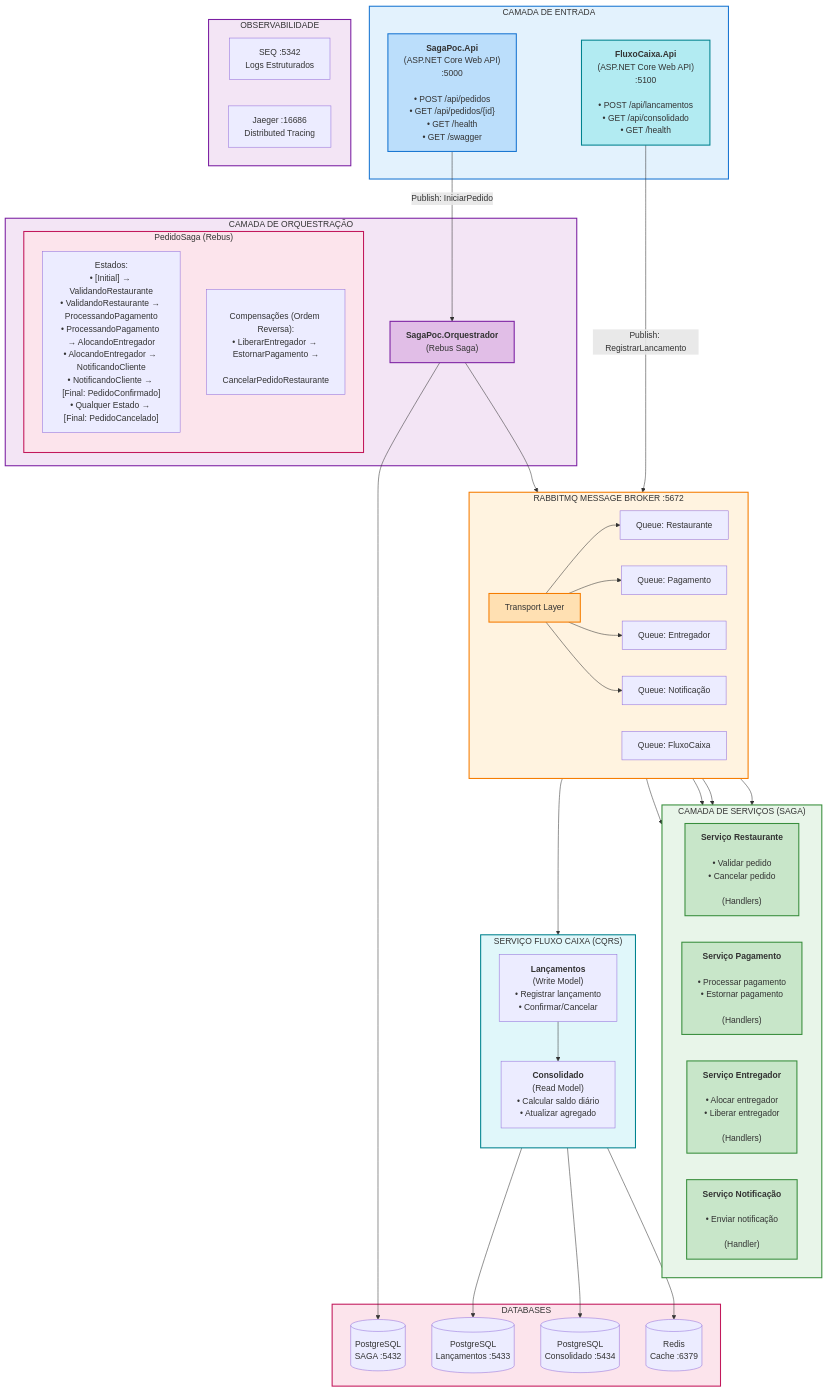
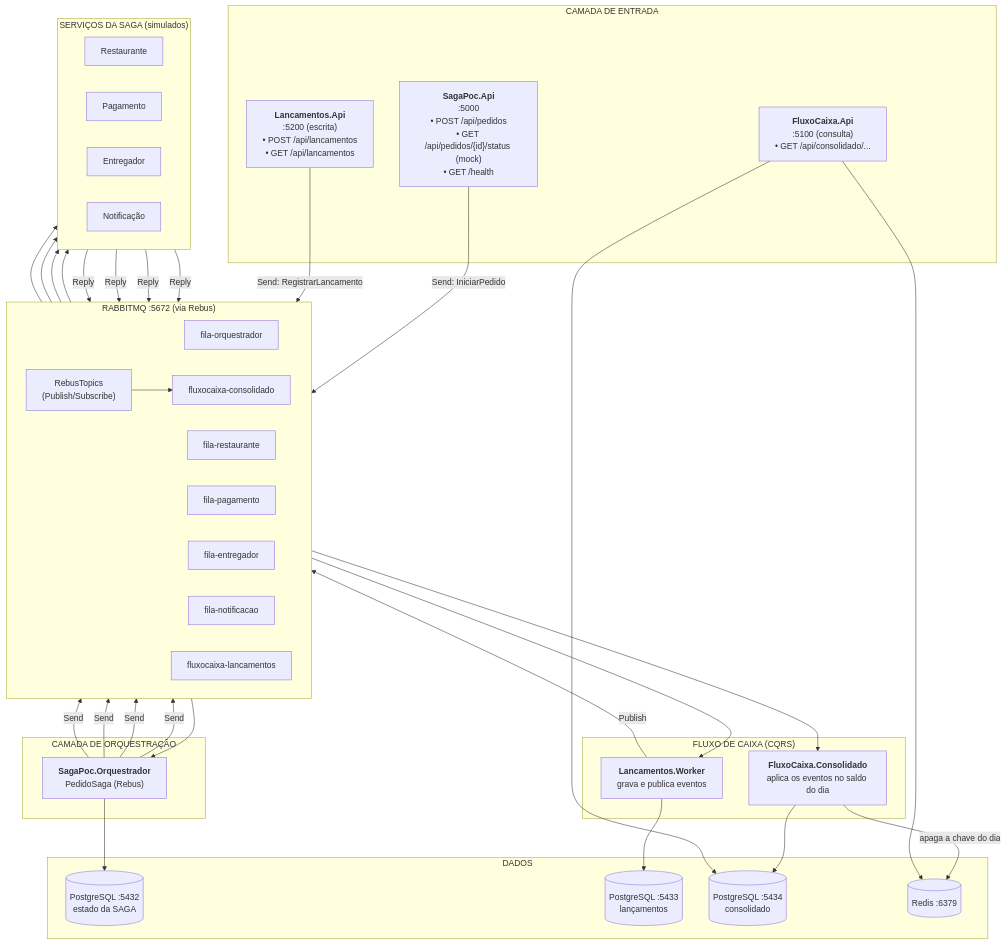
One commit to felipemarcianodev/saga-poc-dotnet changed the first of 3 diagrams in docs/arquitetura.md. Above: the diagram before and after it, drawn with Mermaid. The commit also changed other lines of this file and 32 other files, not shown here.

````diff
--- a/docs/arquitetura.md
+++ b/docs/arquitetura.md
@@ -11,88 +11,65 @@
 ```mermaid
 flowchart TB
     subgraph entrada["CAMADA DE ENTRADA"]
-        api["<b>SagaPoc.Api</b><br/>(ASP.NET Core Web API)<br/>:5000<br/><br/>• POST /api/pedidos<br/>• GET /api/pedidos/{id}<br/>• GET /health<br/>• GET /swagger"]
-        apifc["<b>FluxoCaixa.Api</b><br/>(ASP.NET Core Web API)<br/>:5100<br/><br/>• POST /api/lancamentos<br/>• GET /api/consolidado<br/>• GET /health"]
+        api["<b>SagaPoc.Api</b><br/>:5000<br/>• POST /api/pedidos<br/>• GET /api/pedidos/{id}/status (mock)<br/>• GET /health"]
+        apilanc["<b>Lancamentos.Api</b><br/>:5200 (escrita)<br/>• POST /api/lancamentos<br/>• GET /api/lancamentos"]
+        apifc["<b>FluxoCaixa.Api</b><br/>:5100 (consulta)<br/>• GET /api/consolidado/..."]
     end
 
     subgraph orquestracao["CAMADA DE ORQUESTRAÇÃO"]
-        orch["<b>SagaPoc.Orquestrador</b><br/>(Rebus Saga)"]
-
-        subgraph saga["PedidoSaga (Rebus)"]
-            direction TB
-            s1["Estados:<br/>• [Initial] → ValidandoRestaurante<br/>• ValidandoRestaurante → ProcessandoPagamento<br/>• ProcessandoPagamento → AlocandoEntregador<br/>• AlocandoEntregador → NotificandoCliente<br/>• NotificandoCliente → [Final: PedidoConfirmado]<br/>• Qualquer Estado → [Final: PedidoCancelado]"]
-            s2["<br/>Compensações (Ordem Reversa):<br/>• LiberarEntregador → EstornarPagamento →<br/>  CancelarPedidoRestaurante"]
-        end
+        orch["<b>SagaPoc.Orquestrador</b><br/>PedidoSaga (Rebus)"]
     end
 
-    subgraph bus["RABBITMQ MESSAGE BROKER :5672"]
+    subgraph bus["RABBITMQ :5672 (via Rebus)"]
         direction LR
-        transport["Transport Layer"]
-        q1["Queue: Restaurante"]
-        q2["Queue: Pagamento"]
-        q3["Queue: Entregador"]
-        q4["Queue: Notificação"]
-        q5["Queue: FluxoCaixa"]
+        qo["fila-orquestrador"]
+        q1["fila-restaurante"]
+        q2["fila-pagamento"]
+        q3["fila-entregador"]
+        q4["fila-notificacao"]
+        q5["fluxocaixa-lancamentos"]
+        topics["RebusTopics<br/>(Publish/Subscribe)"]
+        q6["fluxocaixa-consolidado"]
     end
 
-    subgraph servicos["CAMADA DE SERVIÇOS (SAGA)"]
+    subgraph servicos["SERVIÇOS DA SAGA (simulados)"]
         direction LR
-        rest["<b>Serviço Restaurante</b><br/><br/>• Validar pedido<br/>• Cancelar pedido<br/><br/>(Handlers)"]
-        pag["<b>Serviço Pagamento</b><br/><br/>• Processar pagamento<br/>• Estornar pagamento<br/><br/>(Handlers)"]
-        ent["<b>Serviço Entregador</b><br/><br/>• Alocar entregador<br/>• Liberar entregador<br/><br/>(Handlers)"]
-        notif["<b>Serviço Notificação</b><br/><br/>• Enviar notificação<br/><br/>(Handler)"]
+        rest["Restaurante"]
+        pag["Pagamento"]
+        ent["Entregador"]
+        notif["Notificação"]
     end
 
-    subgraph fluxocaixa["SERVIÇO FLUXO CAIXA (CQRS)"]
-        direction TB
-        lancamentos["<b>Lançamentos</b><br/>(Write Model)<br/>• Registrar lançamento<br/>• Confirmar/Cancelar"]
-        consolidado["<b>Consolidado</b><br/>(Read Model)<br/>• Calcular saldo diário<br/>• Atualizar agregado"]
+    subgraph fluxocaixa["FLUXO DE CAIXA (CQRS)"]
+        worker["<b>Lancamentos.Worker</b><br/>grava e publica eventos"]
+        consolidado["<b>FluxoCaixa.Consolidado</b><br/>aplica os eventos no saldo do dia"]
     end
 
-    subgraph databases["DATABASES"]
-        pg1[(PostgreSQL<br/>SAGA :5432)]
-        pg2[(PostgreSQL<br/>Lançamentos :5433)]
-        pg3[(PostgreSQL<br/>Consolidado :5434)]
-        redis[(Redis<br/>Cache :6379)]
+    subgraph databases["DADOS"]
+        pg1[(PostgreSQL :5432<br/>estado da SAGA)]
+        pg2[(PostgreSQL :5433<br/>lançamentos)]
+        pg3[(PostgreSQL :5434<br/>consolidado)]
+        redis[(Redis :6379)]
     end
 
-    subgraph observability["OBSERVABILIDADE"]
-        seq["SEQ :5342<br/>Logs Estruturados"]
-        jaeger["Jaeger :16686<br/>Distributed Tracing"]
-    end
-
-    api -->|"Publish: IniciarPedido"| orch
-    apifc -->|"Publish: RegistrarLancamento"| q5
-    orch --> transport
-    transport --> q1
-    transport --> q2
-    transport --> q3
-    transport --> q4
-    q5 --> lancamentos
-    lancamentos --> consolidado
+    api -->|"Send: IniciarPedido"| qo
+    qo --> orch
+    orch -->|Send| q1 & q2 & q3 & q4
     q1 --> rest
     q2 --> pag
     q3 --> ent
     q4 --> notif
+    rest & pag & ent & notif -->|Reply| qo
     orch --> pg1
-    lancamentos --> pg2
+
+    apilanc -->|"Send: RegistrarLancamento"| q5
+    q5 --> worker
+    worker --> pg2
+    worker -->|Publish| topics
+    topics --> q6
+    q6 --> consolidado
     consolidado --> pg3
-    consolidado --> redis
-
-    style entrada fill:#e3f2fd,stroke:#1976d2,stroke-width:2px
-    style orquestracao fill:#f3e5f5,stroke:#7b1fa2,stroke-width:2px
-    style saga fill:#fce4ec,stroke:#c2185b,stroke-width:2px
-    style bus fill:#fff3e0,stroke:#f57c00,stroke-width:2px
-    style servicos fill:#e8f5e9,stroke:#388e3c,stroke-width:2px
-    style fluxocaixa fill:#e0f7fa,stroke:#00838f,stroke-width:2px
-    style databases fill:#fce4ec,stroke:#c2185b,stroke-width:2px
-    style observability fill:#f3e5f5,stroke:#7b1fa2,stroke-width:2px
-    style api fill:#bbdefb,stroke:#1976d2,stroke-width:2px
-    style apifc fill:#b2ebf2,stroke:#00838f,stroke-width:2px
-    style orch fill:#e1bee7,stroke:#7b1fa2,stroke-width:2px
-    style transport fill:#ffe0b2,stroke:#f57c00,stroke-width:2px
-    style rest fill:#c8e6c9,stroke:#388e3c,stroke-width:2px
-    style pag fill:#c8e6c9,stroke:#388e3c,stroke-width:2px
-    style ent fill:#c8e6c9,stroke:#388e3c,stroke-width:2px
-    style notif fill:#c8e6c9,stroke:#388e3c,stroke-width:2px
+    consolidado -->|apaga a chave do dia| redis
+    apifc --> pg3
+    apifc --> redis
 ```
````
